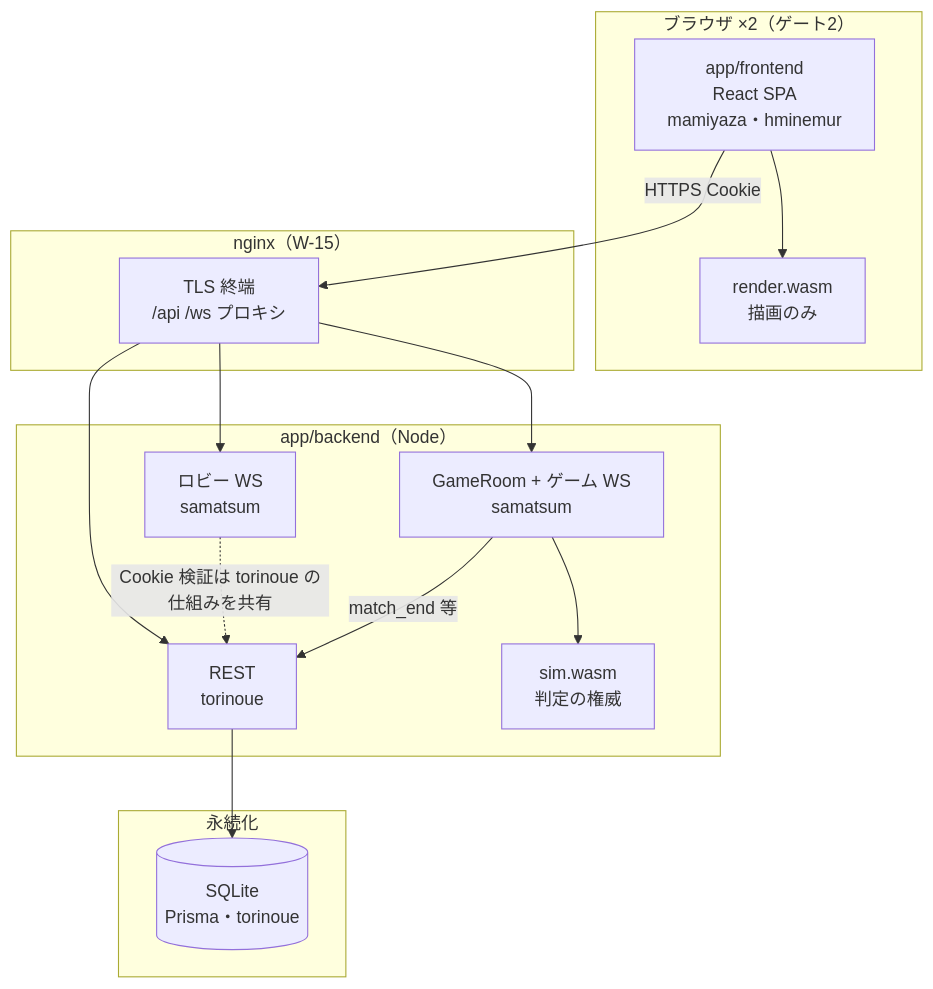
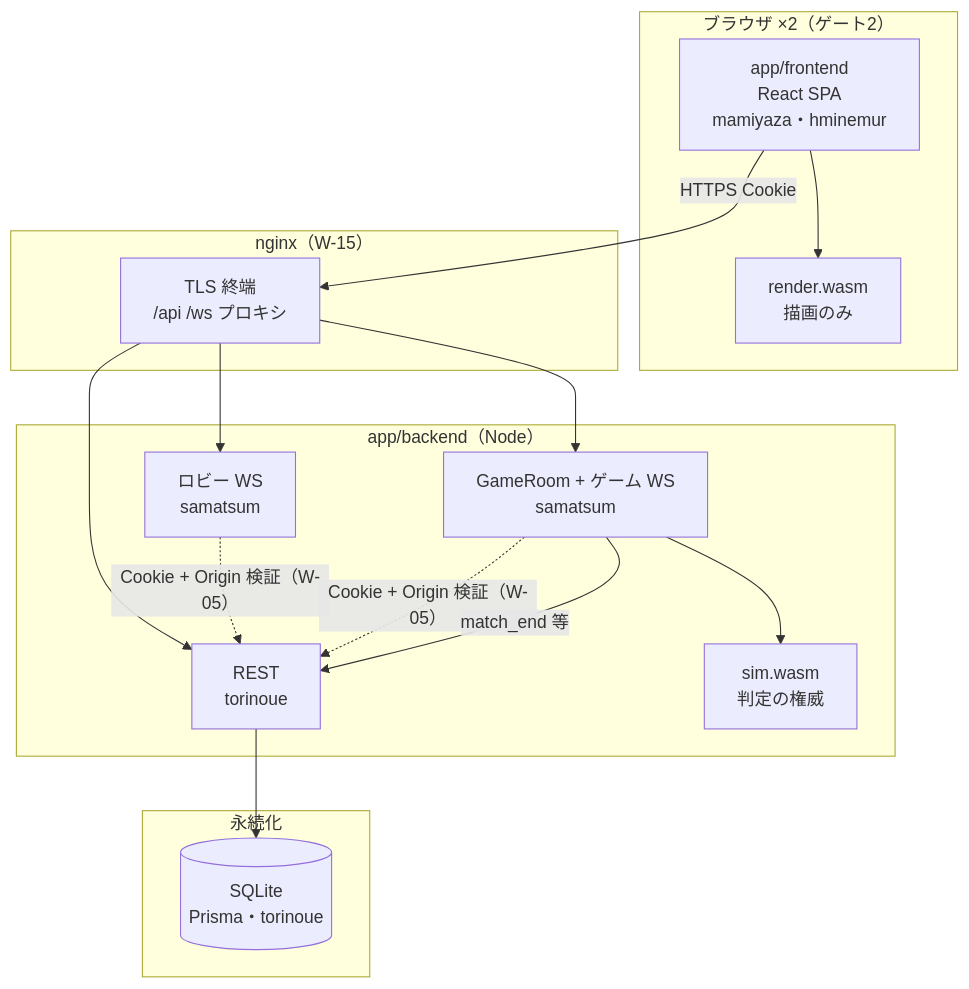
One commit to samatsum/ft_Transcendence changed the first of 5 diagrams in md_files/torinoue/torinoue_データフロー図.md. Above: the diagram before and after it, drawn with Mermaid. The commit also changed other lines of this file and 5 other files, not shown here.

````diff
--- a/md_files/torinoue/torinoue_データフロー図.md
+++ b/md_files/torinoue/torinoue_データフロー図.md
@@ -14,32 +14,33 @@
 ```mermaid
 flowchart TB
   subgraph Clients["ブラウザ ×2（ゲート2）"]
     FE["app/frontend<br/>React SPA<br/>mamiyaza・hminemur"]
     RW["render.wasm<br/>描画のみ"]
   end
 
   subgraph Edge["nginx（W-15）"]
     NGX["TLS 終端<br/>/api /ws プロキシ"]
   end
 
   subgraph Node["app/backend（Node）"]
     REST["REST<br/>torinoue"]
     LOBBY["ロビー WS<br/>samatsum"]
     GAME["GameRoom + ゲーム WS<br/>samatsum"]
     SIM["sim.wasm<br/>判定の権威"]
   end
 
   subgraph Data["永続化"]
     DB[(SQLite<br/>Prisma・torinoue)]
   end
 
   FE -->|HTTPS Cookie| NGX
   FE --> RW
   NGX --> REST
   NGX --> LOBBY
   NGX --> GAME
   REST --> DB
-  LOBBY -.->|Cookie 検証は torinoue の仕組みを共有| REST
+  LOBBY -.->|Cookie + Origin 検証（W-05）| REST
+  GAME -.->|Cookie + Origin 検証（W-05）| REST
   GAME --> SIM
   GAME -->|match_end 等| REST
 ```
````
